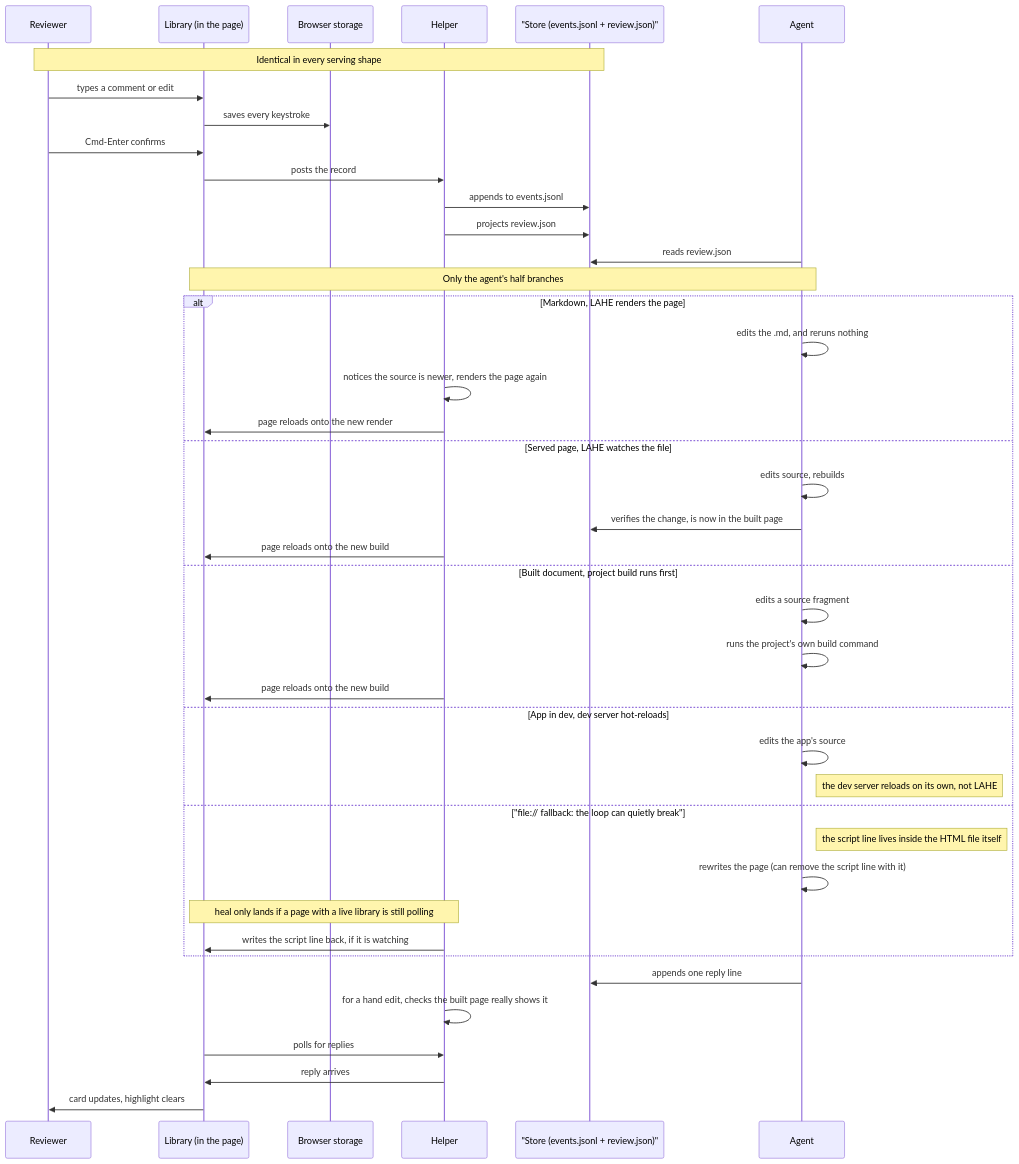
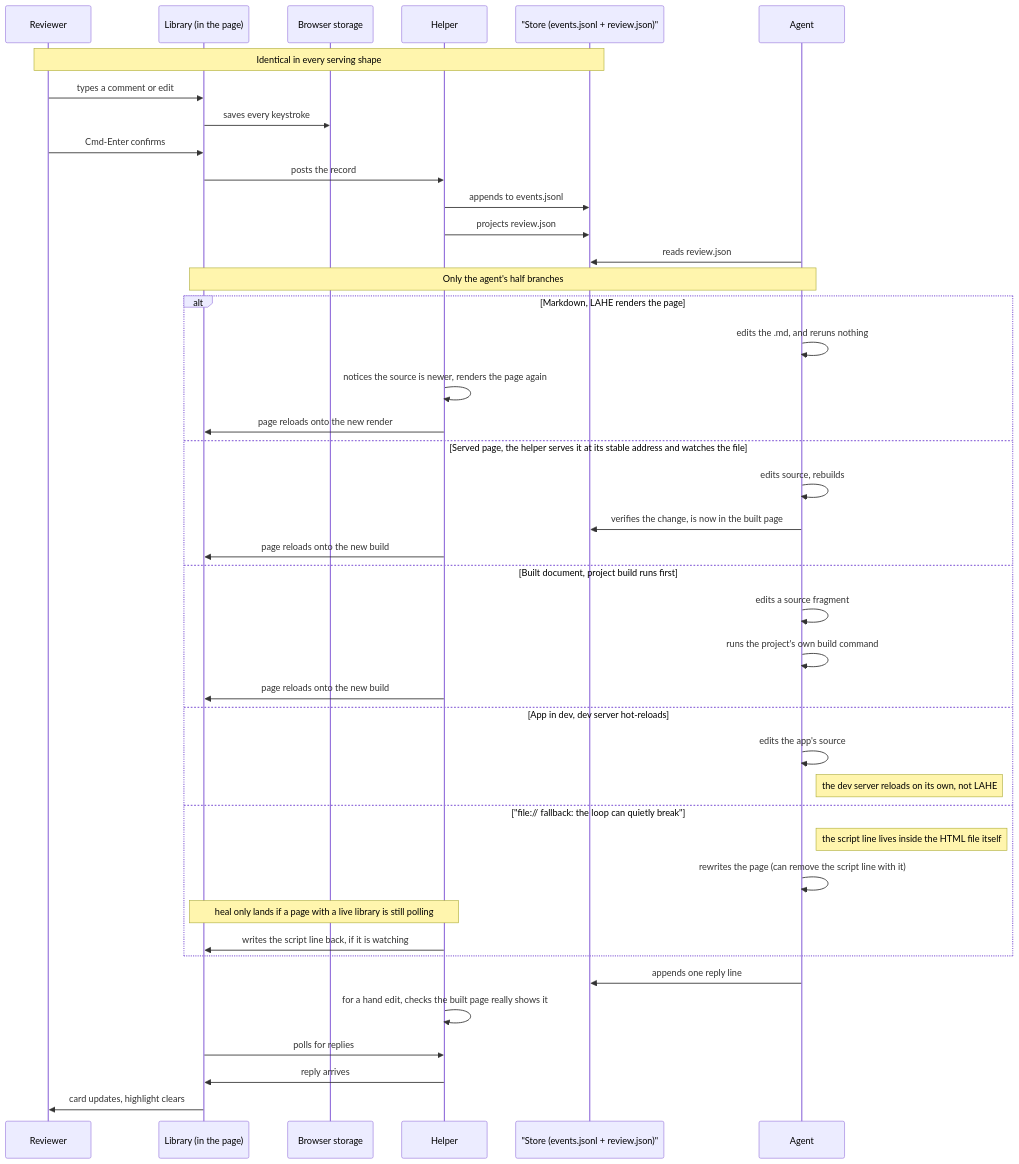
The diagram in docs/diagrams/review_round_trip.md (kenxle/live-agentic-html-editor), drawn with Mermaid before and after one commit. The commit also changed 16 other files, not shown here.

First line of the commit message:
Stable addresses Step 3: the skill, contract, CLI doc, serving docs and diagrams describe stable addresses

````diff
--- a/docs/diagrams/review_round_trip.md
+++ b/docs/diagrams/review_round_trip.md
@@ -8,49 +8,49 @@
 ```mermaid
 sequenceDiagram
     participant Rv as Reviewer
     participant Lib as Library (in the page)
     participant Br as Browser storage
     participant Hp as Helper
     participant St as "Store (events.jsonl + review.json)"
     participant Ag as Agent
 
     Note over Rv,St: Identical in every serving shape
 
     Rv->>Lib: types a comment or edit
     Lib->>Br: saves every keystroke
     Rv->>Lib: Cmd-Enter confirms
     Lib->>Hp: posts the record
     Hp->>St: appends to events.jsonl
     Hp->>St: projects review.json
     Ag->>St: reads review.json
 
     Note over Ag,Lib: Only the agent's half branches
 
     alt Markdown, LAHE renders the page
         Ag->>Ag: edits the .md, and reruns nothing
         Hp->>Hp: notices the source is newer, renders the page again
         Hp->>Lib: page reloads onto the new render
-    else Served page, LAHE watches the file
+    else Served page, the helper serves it at its stable address and watches the file
         Ag->>Ag: edits source, rebuilds
         Ag->>St: verifies the change, is now in the built page
         Hp->>Lib: page reloads onto the new build
     else Built document, project build runs first
         Ag->>Ag: edits a source fragment
         Ag->>Ag: runs the project's own build command
         Hp->>Lib: page reloads onto the new build
     else App in dev, dev server hot-reloads
         Ag->>Ag: edits the app's source
         Note right of Ag: the dev server reloads on its own, not LAHE
     else "file:// fallback: the loop can quietly break"
         Note right of Ag: the script line lives inside the HTML file itself
         Ag->>Ag: rewrites the page (can remove the script line with it)
         Note over Hp,Lib: heal only lands if a page with a live library is still polling
         Hp->>Lib: writes the script line back, if it is watching
     end
 
     Ag->>St: appends one reply line
     Hp->>Hp: for a hand edit, checks the built page really shows it
     Lib->>Hp: polls for replies
     Hp->>Lib: reply arrives
     Lib->>Rv: card updates, highlight clears
 ```
````
